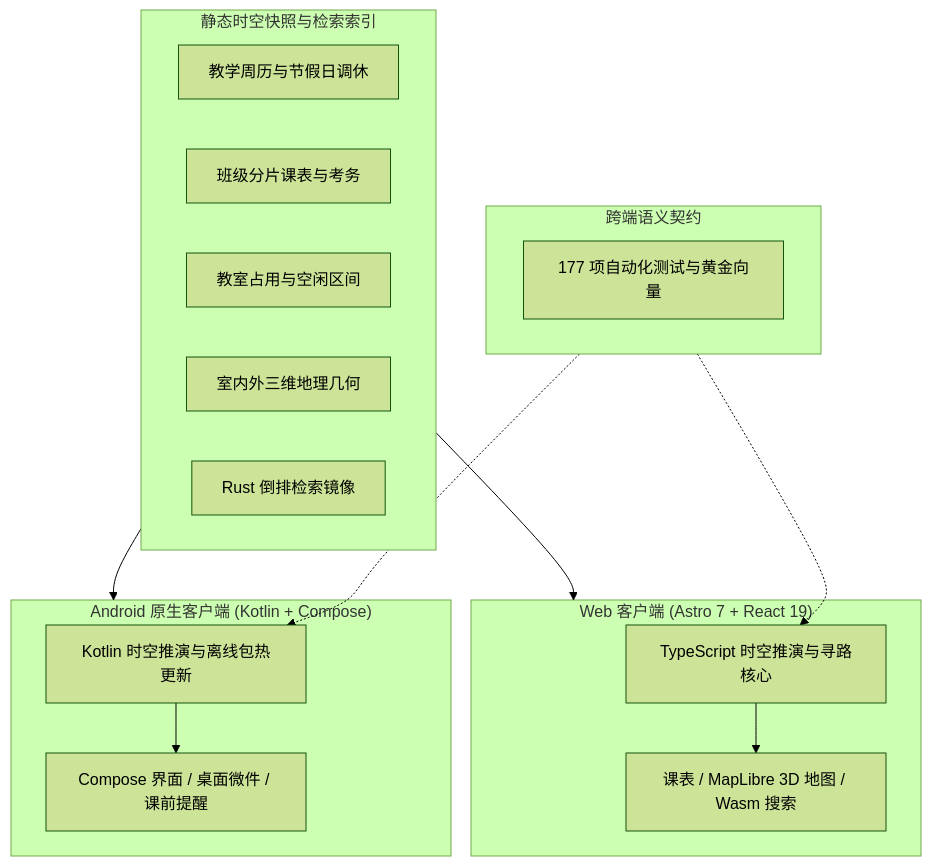
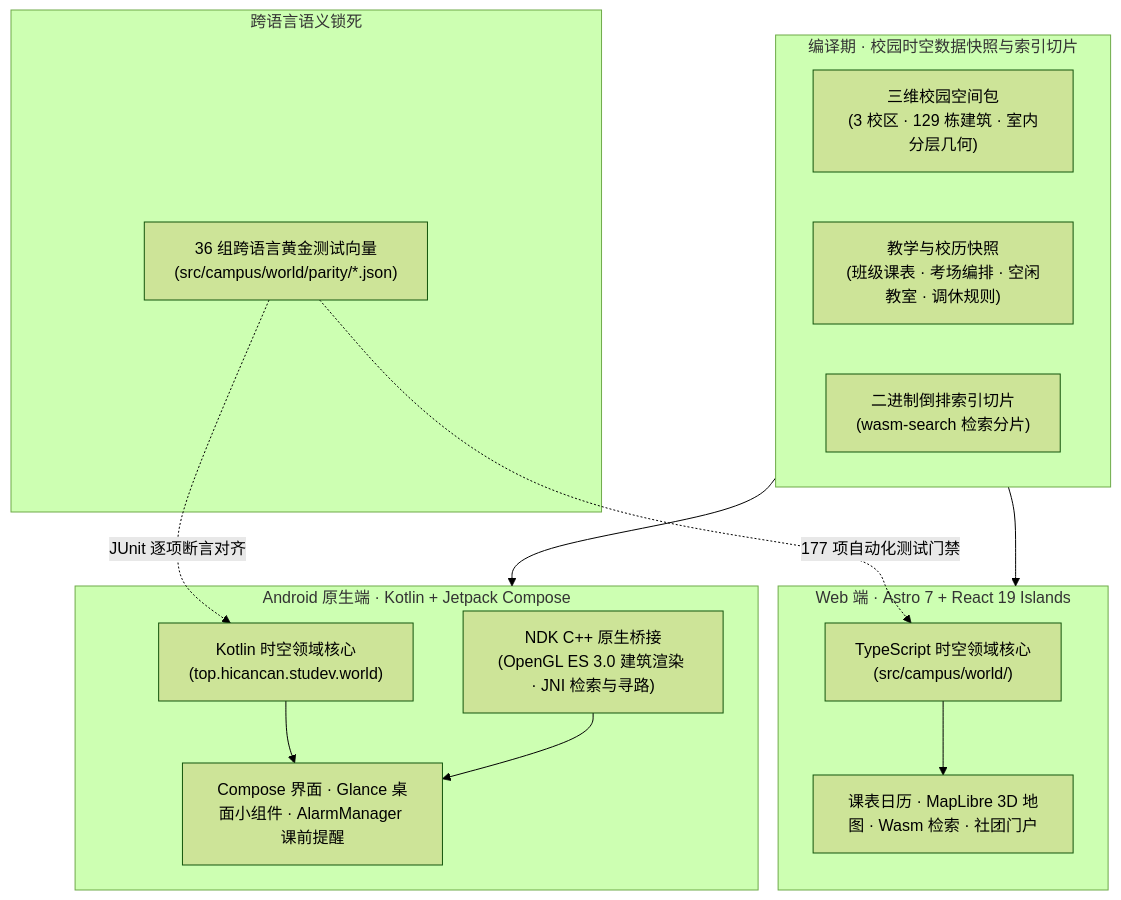
Before and after one commit to NJUPT-CS-StuDev/studev: the diagram in src/content/develop/platform-studev-core.md, drawn with Mermaid (forest theme). The commit also changed other lines of this file and 12 other files, not shown here.

Commit message:
Rewrite /develop/ architecture essays and purge legacy/internal project references

````diff
--- a/src/content/develop/platform-studev-core.md
+++ b/src/content/develop/platform-studev-core.md
@@ -32,31 +41,31 @@
 ```mermaid
 flowchart TB
-    subgraph Data["静态时空快照与检索索引"]
-        TERMS["教学周历与节假日调休"]
-        LESSONS["班级分片课表与考务"]
-        ROOMS["教室占用与空闲区间"]
-        MAP["室内外三维地理几何"]
-        WASM["Rust 倒排检索镜像"]
+    subgraph Truth["编译期 · 校园时空数据快照与索引切片"]
+        MAP["三维校园空间包<br/>(3 校区 · 129 栋建筑 · 室内分层几何)"]
+        FACTS["教学与校历快照<br/>(班级课表 · 考场编排 · 空闲教室 · 调休规则)"]
+        INDEX["二进制倒排索引切片<br/>(wasm-search 检索分片)"]
     end
 
-    subgraph Contract["跨端语义契约"]
-        GOLDEN["177 项自动化测试与黄金向量"]
+    subgraph Parity["跨语言语义锁死"]
+        GOLDEN["36 组跨语言黄金测试向量<br/>(src/campus/world/parity/*.json)"]
     end
 
-    subgraph Web["Web 客户端 (Astro 7 + React 19)"]
-        WEB_CORE["TypeScript 时空推演与寻路核心"]
-        WEB_UI["课表 / MapLibre 3D 地图 / Wasm 搜索"]
+    subgraph Web["Web 端 · Astro 7 + React 19 Islands"]
+        TS_WORLD["TypeScript 时空领域核心<br/>(src/campus/world/)"]
+        WEB_UI["课表日历 · MapLibre 3D 地图 · Wasm 检索 · 社团门户"]
     end
 
-    subgraph Android["Android 原生客户端 (Kotlin + Compose)"]
-        AND_CORE["Kotlin 时空推演与离线包热更新"]
-        AND_UI["Compose 界面 / 桌面微件 / 课前提醒"]
+    subgraph Android["Android 原生端 · Kotlin + Jetpack Compose"]
+        KT_WORLD["Kotlin 时空领域核心<br/>(top.hicancan.studev.world)"]
+        JNI["NDK C++ 原生桥接<br/>(OpenGL ES 3.0 建筑渲染 · JNI 检索与寻路)"]
+        APP_UI["Compose 界面 · Glance 桌面小组件 · AlarmManager 课前提醒"]
     end
 
-    Data --> Web
-    Data --> Android
-    Contract -.-> WEB_CORE
-    Contract -.-> AND_CORE
-    WEB_CORE --> WEB_UI
-    AND_CORE --> AND_UI
+    Truth --> Web
+    Truth --> Android
+    GOLDEN -.->|"177 项自动化测试门禁"| TS_WORLD
+    GOLDEN -.->|"JUnit 逐项断言对齐"| KT_WORLD
+    TS_WORLD --> WEB_UI
+    KT_WORLD --> APP_UI
+    JNI --> APP_UI
 ```
````
